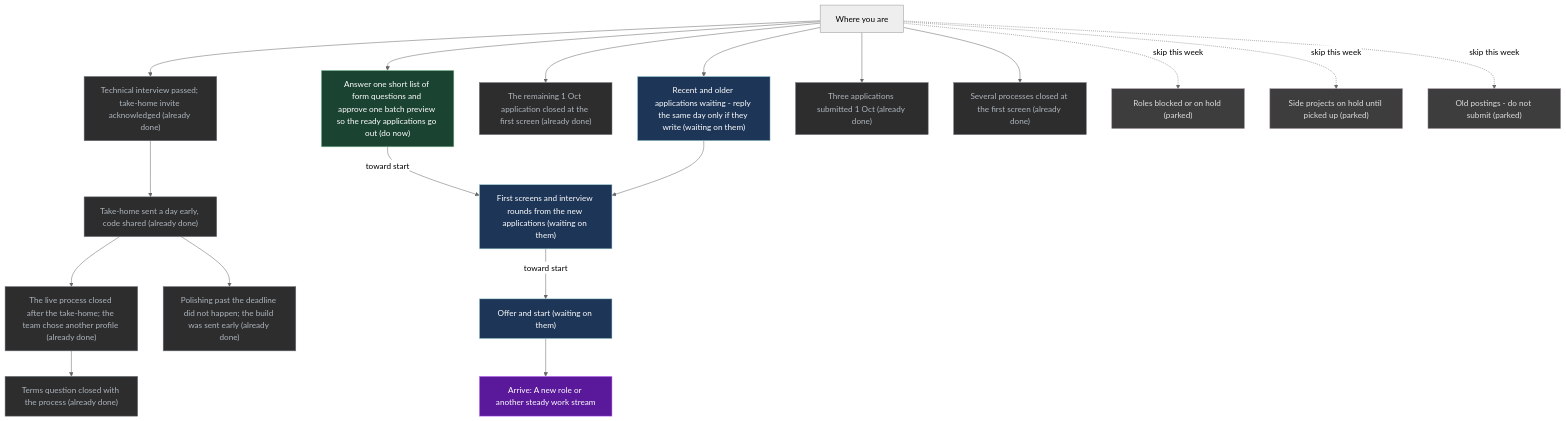
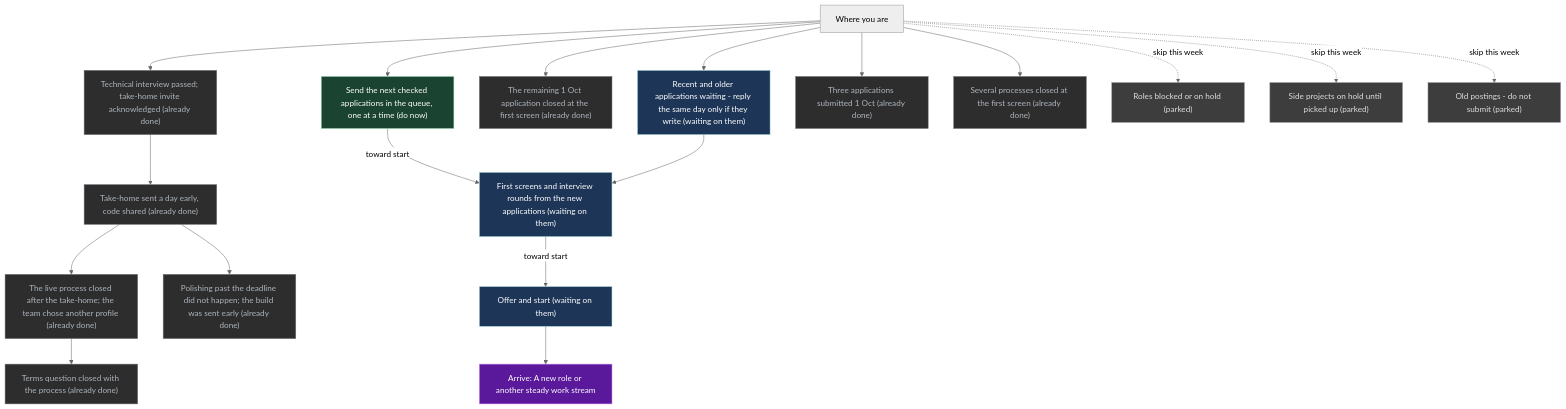
The diagram in UI/Mission.md (p10ns11y/life-os), drawn with Mermaid (neutral theme) before and after one commit. The commit also changed other lines of this file, not shown here.

````diff
--- a/UI/Mission.md
+++ b/UI/Mission.md
@@ -70,47 +70,47 @@
 ```mermaid
 flowchart TB
   x["Where you are"]
   G["Arrive: A new role or another steady work stream"]
   S0["Technical interview passed; take-home invite acknowledged (already done)"]
   S4["Take-home sent a day early, code shared (already done)"]
   S4b["The live process closed after the take-home; the team chose another profile (already done)"]
-  S7["Answer one short list of form questions and approve one batch preview so the ready applications go out (do now)"]
+  S7["Send the next checked applications in the queue, one at a time (do now)"]
   S8["First screens and interview rounds from the new applications (waiting on them)"]
   S5["Offer and start (waiting on them)"]
   S6["The remaining 1 Oct application closed at the first screen (already done)"]
   S1["Recent and older applications waiting - reply the same day only if they write (waiting on them)"]
   R1["Terms question closed with the process (already done)"]
   R2["Polishing past the deadline did not happen; the build was sent early (already done)"]
   S3["Three applications submitted 1 Oct (already done)"]
   D1["Several processes closed at the first screen (already done)"]
   P1["Roles blocked or on hold (parked)"]
   P2["Side projects on hold until picked up (parked)"]
   P3["Old postings - do not submit (parked)"]
   x --> S0
   S0 --> S4
   S4 --> S4b
   x --> S7
   S7 -->|"toward start"| S8
   S1 --> S8
   S8 -->|"toward start"| S5
   x --> S6
   x --> S1
   S4b --> R1
   S4 --> R2
   x --> S3
   x --> D1
   x -.->|"skip this week"| P1
   x -.->|"skip this week"| P2
   x -.->|"skip this week"| P3
   S5 --> G
   classDef do fill:#1b4332,stroke:#95d5b2,color:#fff
   classDef wait fill:#1d3557,stroke:#a8dadc,color:#fff
   classDef park fill:#3d3d3d,stroke:#9a8c98,color:#ddd
   classDef done fill:#2d2d2d,stroke:#6c757d,color:#adb5bd
   classDef goal fill:#5a189a,stroke:#c77dff,color:#fff
   class G goal
   class S7 do
   class S8,S5,S1 wait
   class P1,P2,P3 park
   class S0,S4,S4b,S6,R1,R2,S3,D1 done
 ```
````
